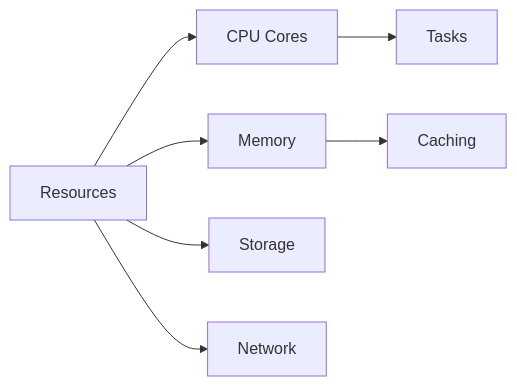
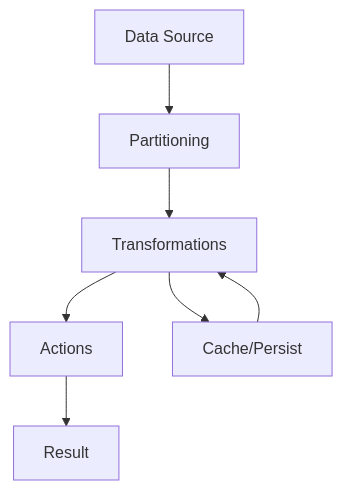
The diagram in mermaid/marp/courses/apache-spark-with-scala/01_introduction_to_spark.md/9.mmd (veltzer/teaching-slides), drawn with Mermaid before and after one commit. The commit also changed 27 other files, not shown here.

```diff
--- a/mermaid/marp/courses/apache-spark-with-scala/01_introduction_to_spark.md/9.mmd
+++ b/mermaid/marp/courses/apache-spark-with-scala/01_introduction_to_spark.md/9.mmd
@@ -1,7 +1,8 @@
-graph LR
-    A[Resources] --> B[CPU Cores]
-    A --> C[Memory]
-    A --> D[Storage]
-    A --> E[Network]
-    B --> F[Tasks]
-    C --> G[Caching]
+graph TD
+    Input[Data Source] --> Partition[Partitioning]
+    Partition --> Transform[Transformations]
+    Transform --> Action[Actions]
+    Action --> Output[Result]
+    
+    Transform --> Cache[Cache/Persist]
+    Cache --> Transform
```
